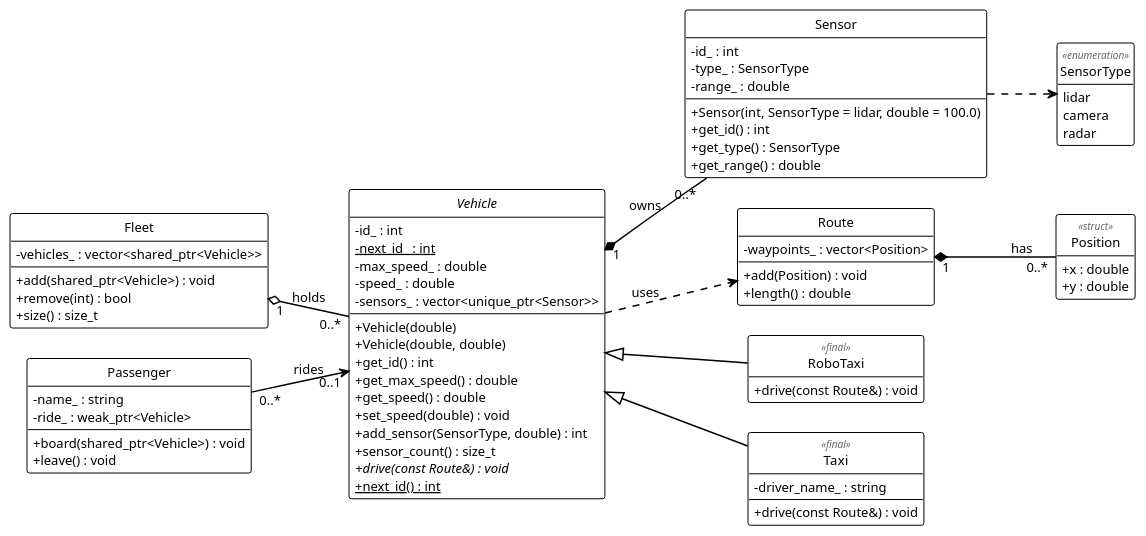
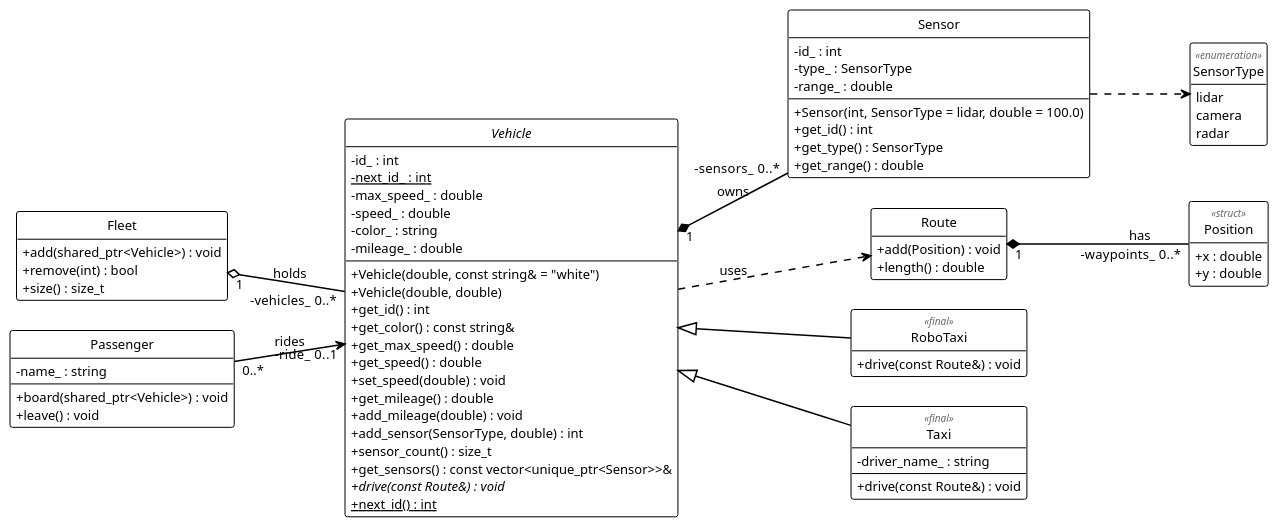
One commit to zeidk/enpm702-fall-2026-cpp changed the diagram in project/week9/uml/robotaxi_model.plantuml. Above: the diagram before and after it, drawn with PlantUML. The commit also changed 37 other files, not shown here.

```diff
--- a/project/week9/uml/robotaxi_model.plantuml
+++ b/project/week9/uml/robotaxi_model.plantuml
@@ -1,86 +1,88 @@
 @startuml model_full_members
-' Generated by robotaxi_model.py: edit the generator, not this file.
+' Generated for the slides.
 !theme mono
 skinparam backgroundColor white
 skinparam defaultFontName "Fira Sans"
 skinparam defaultFontSize 13
 skinparam shadowing false
 skinparam classAttributeIconSize 0
 skinparam nodesep 30
-skinparam ranksep 45
+skinparam ranksep 75
 skinparam ArrowThickness 1.5
 hide circle
 hide empty members
 
 
 left to right direction
 
 class Fleet {
-  - vehicles_ : vector<shared_ptr<Vehicle>>
   + add(shared_ptr<Vehicle>) : void
   + remove(int) : bool
   + size() : size_t
 }
 class Passenger {
   - name_ : string
-  - ride_ : weak_ptr<Vehicle>
   + board(shared_ptr<Vehicle>) : void
   + leave() : void
 }
 abstract class Vehicle {
   - id_ : int
   - {static} next_id_ : int
   - max_speed_ : double
   - speed_ : double
-  - sensors_ : vector<unique_ptr<Sensor>>
-  + Vehicle(double)
+  - color_ : string
+  - mileage_ : double
+  + Vehicle(double, const string& = "white")
   + Vehicle(double, double)
   + get_id() : int
+  + get_color() : const string&
   + get_max_speed() : double
   + get_speed() : double
   + set_speed(double) : void
+  + get_mileage() : double
+  + add_mileage(double) : void
   + add_sensor(SensorType, double) : int
   + sensor_count() : size_t
+  + get_sensors() : const vector<unique_ptr<Sensor>>&
   + {abstract} drive(const Route&) : void
   + {static} next_id() : int
 }
 class Sensor {
   - id_ : int
   - type_ : SensorType
   - range_ : double
   + Sensor(int, SensorType = lidar, double = 100.0)
   + get_id() : int
   + get_type() : SensorType
   + get_range() : double
 }
 enum SensorType <<enumeration>> {
   lidar
   camera
   radar
 }
 class Route {
-  - waypoints_ : vector<Position>
   + add(Position) : void
   + length() : double
 }
 class Position <<struct>> {
   + x : double
   + y : double
 }
 class RoboTaxi <<final>> {
   + drive(const Route&) : void
 }
 class Taxi <<final>> {
   - driver_name_ : string
   + drive(const Route&) : void
 }
 
-Fleet "1" o-- "0..*" Vehicle : holds
-Passenger "0..*" --> "0..1" Vehicle : rides
-Vehicle "1" *-- "0..*" Sensor : owns
+Fleet "1" o-- "-vehicles_  0..*" Vehicle : holds
+Passenger "0..*" --> "-ride_  0..1" Vehicle : rides
+Vehicle "1" *-- "-sensors_  0..*" Sensor : owns
 Vehicle ..> Route : uses
-Route "1" *-- "0..*" Position : has
+Route "1" *-- "-waypoints_  0..*" Position : has
 Sensor ..> SensorType
 Vehicle <|-- RoboTaxi
 Vehicle <|-- Taxi
 @enduml
```
